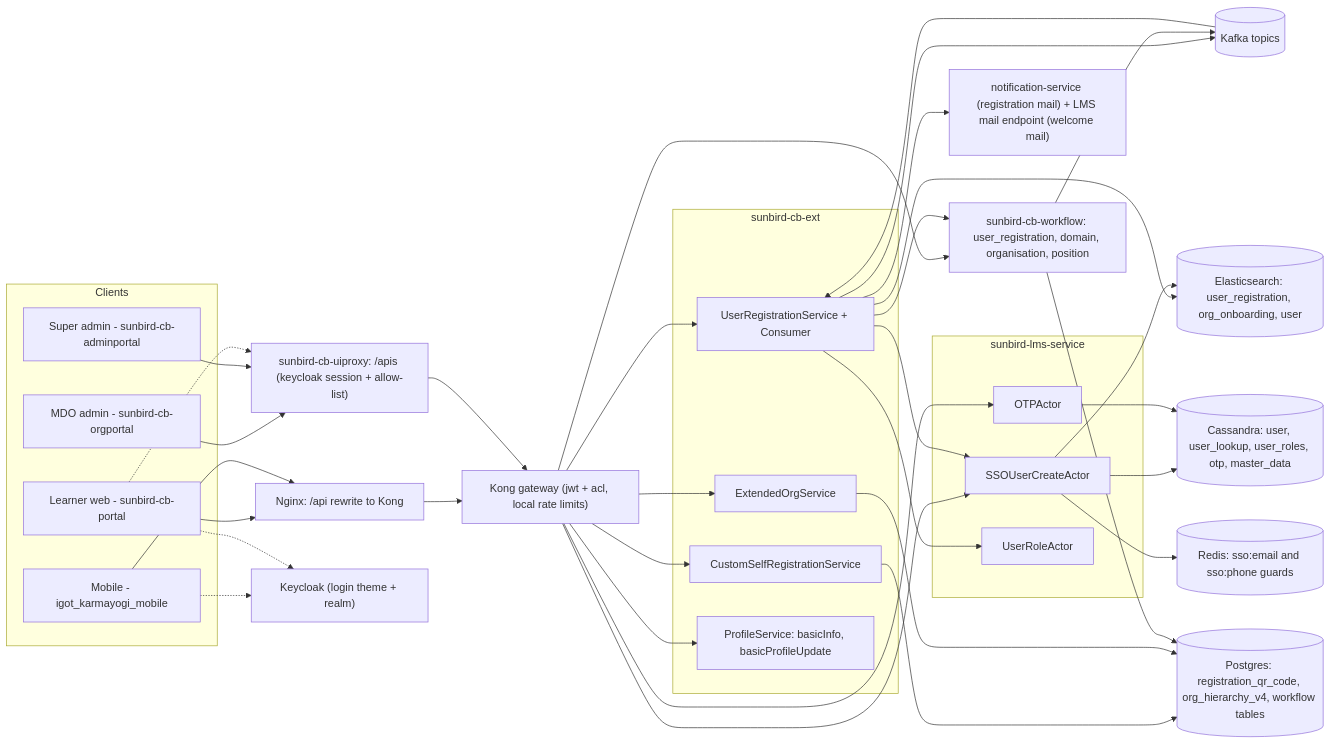
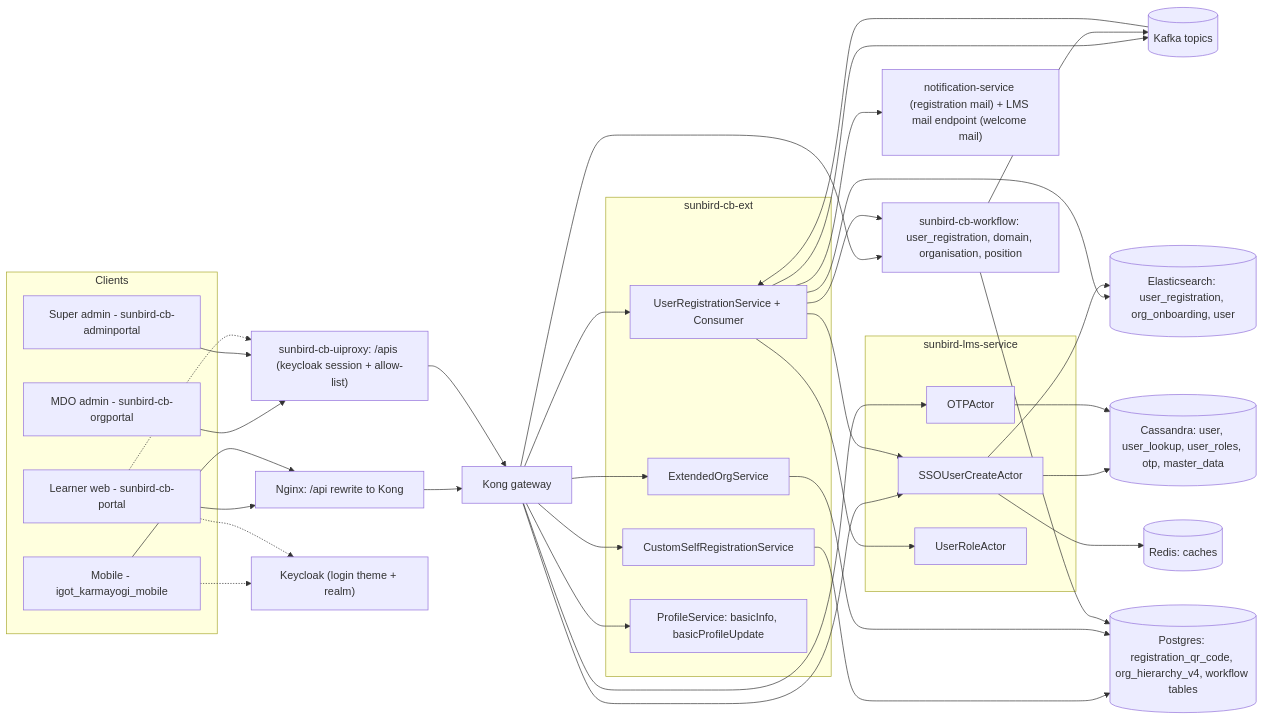
One commit to KB-iGOT/igot-docs changed the diagram in docs/learning-hub/user-onboarding/hld.md. Above: the diagram before and after it, drawn with Mermaid. The commit also changed other lines of this file and 25 other files, not shown here.

````diff
--- a/docs/learning-hub/user-onboarding/hld.md
+++ b/docs/learning-hub/user-onboarding/hld.md
@@ -16,70 +16,70 @@
 ```mermaid
 flowchart LR
     subgraph Clients
         PW["Learner web - sunbird-cb-portal"]
         MOB["Mobile - igot_karmayogi_mobile"]
         OP["MDO admin - sunbird-cb-orgportal"]
         AP["Super admin - sunbird-cb-adminportal"]
     end
 
     NG["Nginx: /api rewrite to Kong"]
     UP["sunbird-cb-uiproxy: /apis (keycloak session + allow-list)"]
-    KONG["Kong gateway (jwt + acl, local rate limits)"]
+    KONG["Kong gateway"]
     KC["Keycloak (login theme + realm)"]
 
     subgraph EXT["sunbird-cb-ext"]
         REG["UserRegistrationService + Consumer"]
         CSR["CustomSelfRegistrationService"]
         ORG["ExtendedOrgService"]
         PRF["ProfileService: basicInfo, basicProfileUpdate"]
     end
 
     subgraph LMS["sunbird-lms-service"]
         SSO["SSOUserCreateActor"]
         OTP["OTPActor"]
         ROLE["UserRoleActor"]
     end
 
     WF["sunbird-cb-workflow: user_registration, domain, organisation, position"]
     NOTIF["notification-service (registration mail) + LMS mail endpoint (welcome mail)"]
 
     K[("Kafka topics")]
     ES[("Elasticsearch: user_registration, org_onboarding, user")]
     CASS[("Cassandra: user, user_lookup, user_roles, otp, master_data")]
     PG[("Postgres: registration_qr_code, org_hierarchy_v4, workflow tables")]
-    REDIS[("Redis: sso:email and sso:phone guards")]
+    REDIS[("Redis: caches")]
 
     PW --> NG
     MOB --> NG
     NG --> KONG
     OP --> UP
     AP --> UP
     UP --> KONG
     PW -.-> UP
     MOB -.-> KC
     PW -.-> KC
 
     KONG --> REG
     KONG --> CSR
     KONG --> ORG
     KONG --> PRF
     KONG --> OTP
     KONG --> SSO
     KONG --> WF
 
     REG --> ES
     REG --> K
     K --> REG
     REG --> WF
     REG --> NOTIF
     REG --> SSO
     REG --> ROLE
     CSR --> PG
     ORG --> PG
     SSO --> CASS
     SSO --> ES
     SSO --> REDIS
     OTP --> CASS
     WF --> PG
     WF --> K
 ```
````
